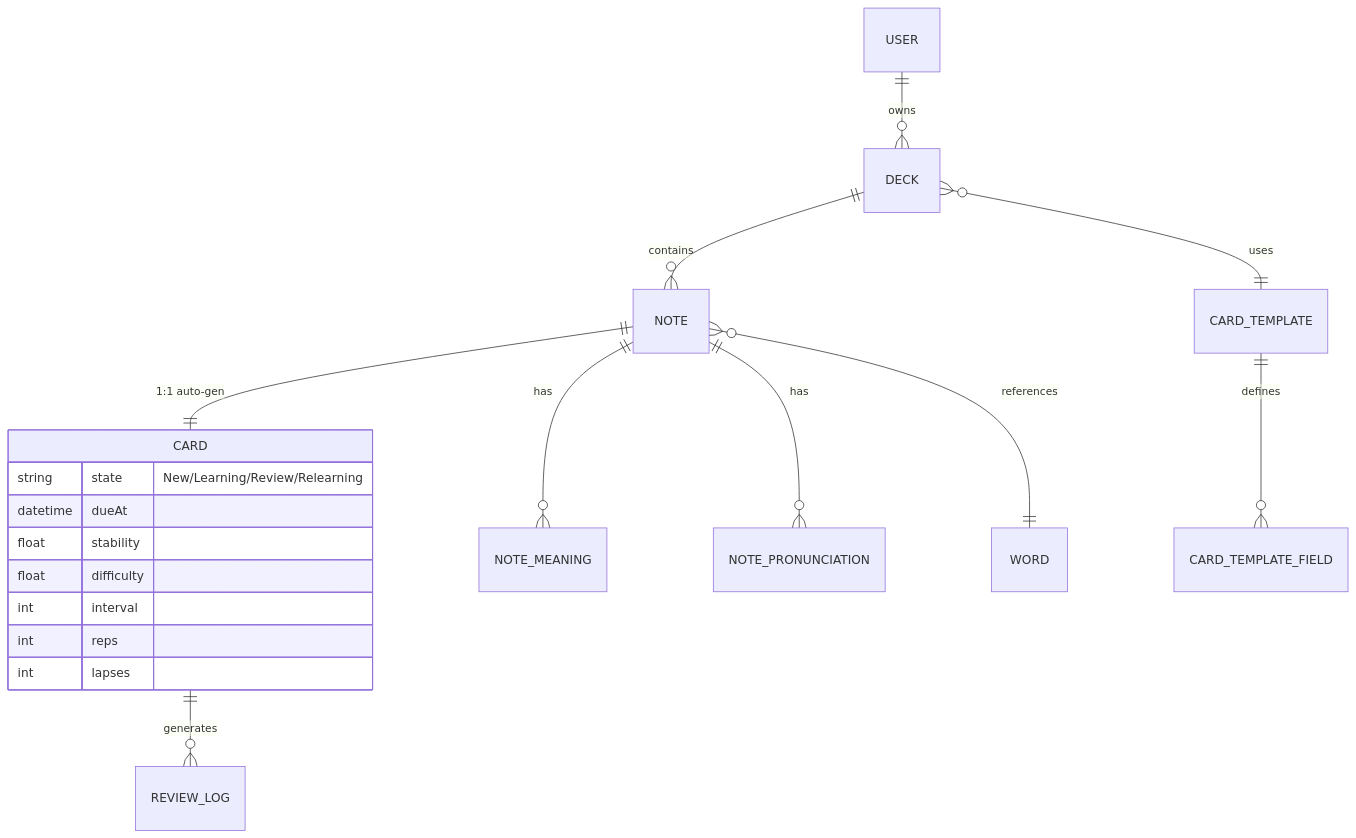
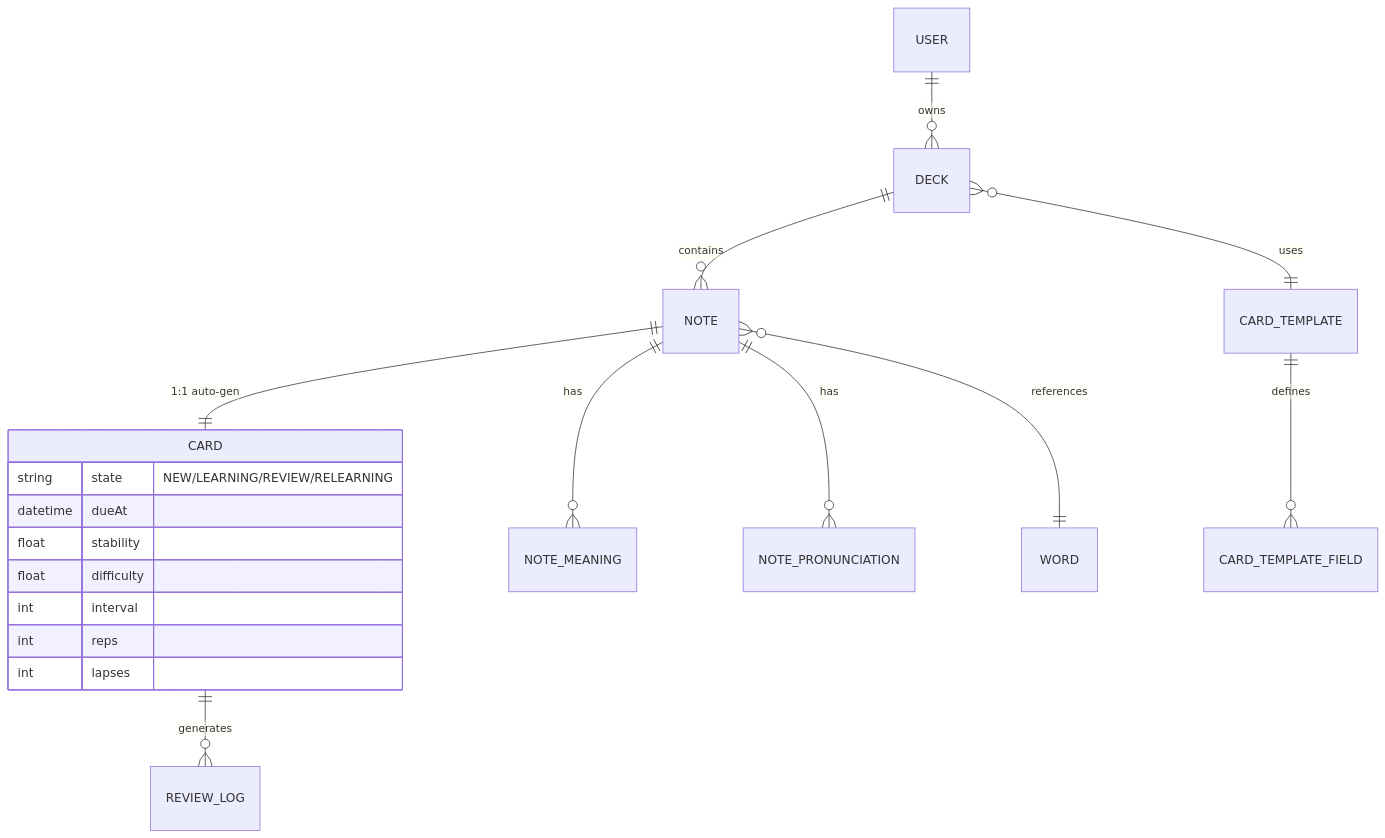
One commit to SnapVocab/docs changed the first of 6 diagrams in sa/sa.md. Above: the diagram before and after it, drawn with Mermaid. The commit also changed other lines of this file and 9 other files, not shown here.

````diff
--- a/sa/sa.md
+++ b/sa/sa.md
@@ -281,21 +281,21 @@
 ```mermaid
 erDiagram
     USER ||--o{ DECK : owns
     DECK ||--o{ NOTE : contains
     DECK }o--|| CARD_TEMPLATE : uses
     NOTE ||--|| CARD : "1:1 auto-gen"
     NOTE ||--o{ NOTE_MEANING : has
     NOTE ||--o{ NOTE_PRONUNCIATION : has
     NOTE }o--|| WORD : references
     CARD ||--o{ REVIEW_LOG : generates
     CARD {
-        string state "New/Learning/Review/Relearning"
+        string state "NEW/LEARNING/REVIEW/RELEARNING"
         datetime dueAt
         float stability
         float difficulty
         int interval
         int reps
         int lapses
     }
     CARD_TEMPLATE ||--o{ CARD_TEMPLATE_FIELD : defines
 ```
````
